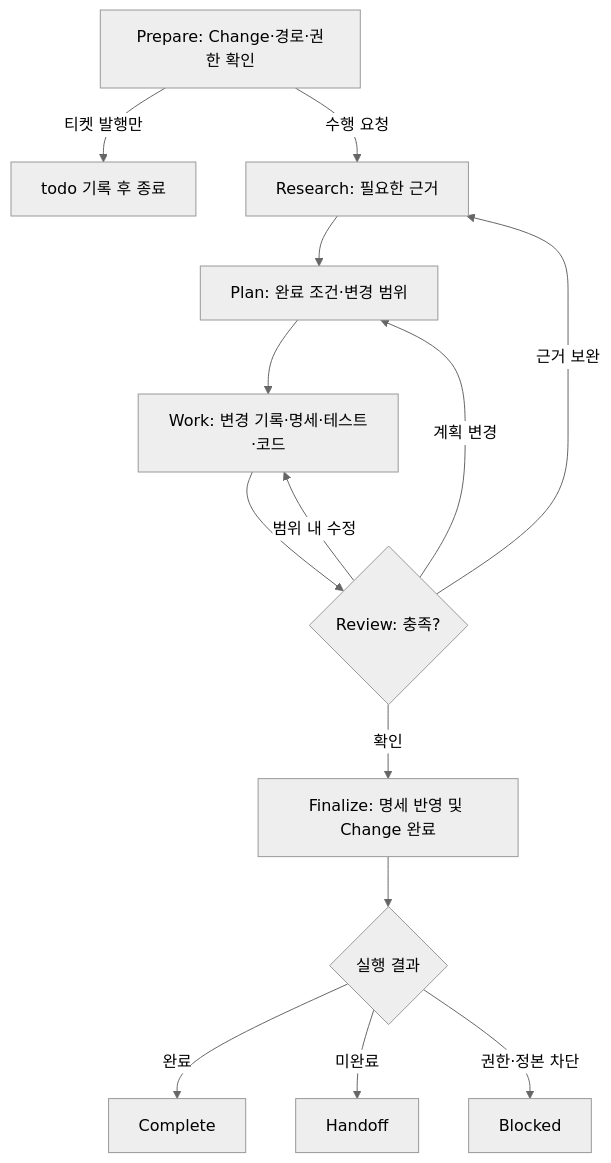
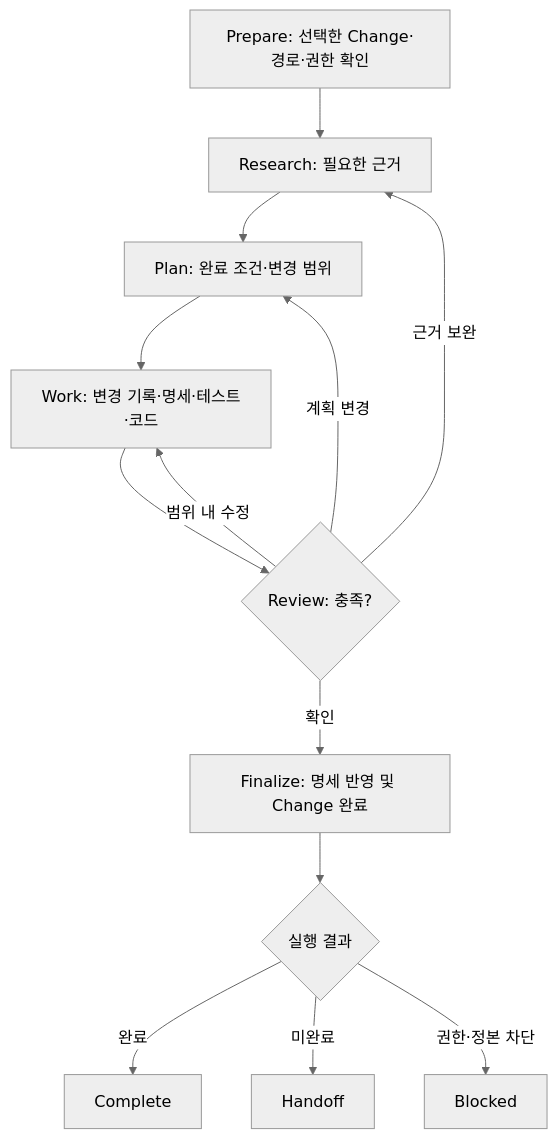
One commit to mols3131d/mols-agent-assets changed the diagram in src/rulesync/.rulesync/skills/mols-stdd/references/default-workflow.md. Above: the diagram before and after it, drawn with Mermaid (neutral theme). The commit also changed other lines of this file, not shown here.

Commit message:
refactor(stdd): 실행과 위임 책임 분리

````diff
--- a/src/rulesync/.rulesync/skills/mols-stdd/references/default-workflow.md
+++ b/src/rulesync/.rulesync/skills/mols-stdd/references/default-workflow.md
@@ -5,16 +5,15 @@
 ```mermaid
 flowchart TD
-    A["Prepare: Change·경로·권한 확인"] -->|"티켓 발행만"| K["todo 기록 후 종료"]
-    A -->|"수행 요청"| B["Research: 필요한 근거"]
+    A["Prepare: 선택한 Change·경로·권한 확인"] --> B["Research: 필요한 근거"]
     B --> C["Plan: 완료 조건·변경 범위"]
     C --> D["Work: 변경 기록·명세·테스트·코드"]
     D --> E{"Review: 충족?"}
     E -->|"근거 보완"| B
     E -->|"계획 변경"| C
     E -->|"범위 내 수정"| D
     E -->|"확인"| F["Finalize: 명세 반영 및 Change 완료"]
     F --> G{"실행 결과"}
     G -->|"완료"| H["Complete"]
     G -->|"미완료"| I["Handoff"]
     G -->|"권한·정본 차단"| J["Blocked"]
 ```
````
